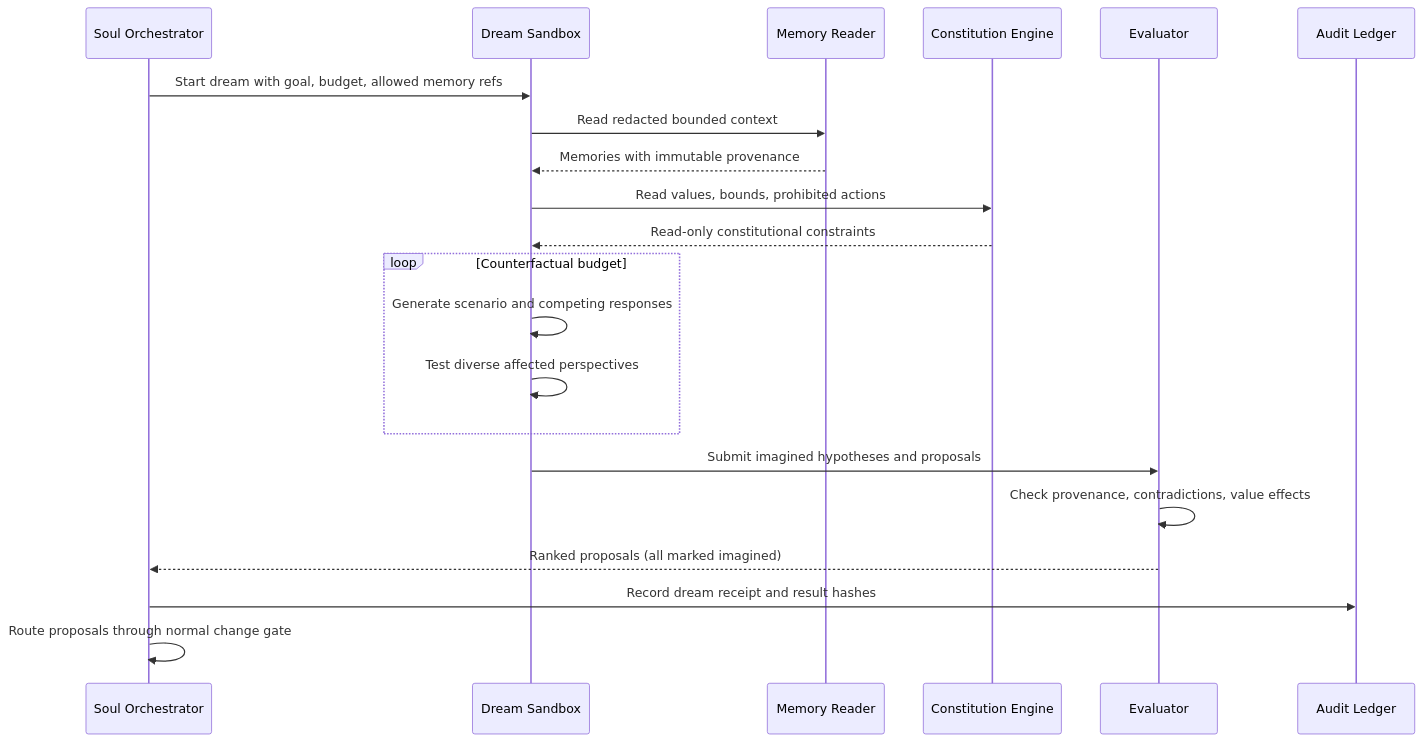
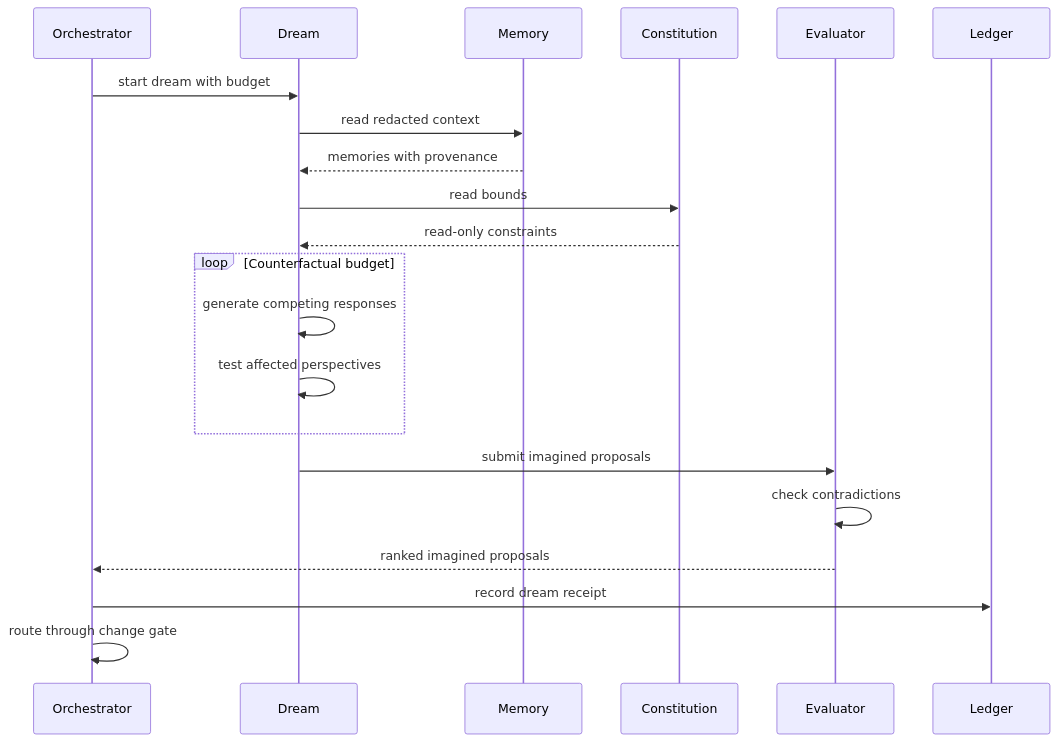
The fourth of 8 diagrams in docs/ARCHITECTURE.md (Azhonaras/soul-engine), drawn with Mermaid before and after one commit. The commit also changed other lines of this file and 6 other files, not shown here.

First line of the commit message:
docs: tighten Mermaid for GitHub and cap mypy below 2.

````diff
--- a/docs/ARCHITECTURE.md
+++ b/docs/ARCHITECTURE.md
@@ -234,24 +241,24 @@
 ```mermaid
 sequenceDiagram
-    participant O as Soul Orchestrator
-    participant D as Dream Sandbox
-    participant M as Memory Reader
-    participant C as Constitution Engine
-    participant V as Evaluator
-    participant A as Audit Ledger
+    participant Orchestrator
+    participant Dream
+    participant Memory
+    participant Constitution
+    participant Evaluator
+    participant Ledger
 
-    O->>D: Start dream with goal, budget, allowed memory refs
-    D->>M: Read redacted bounded context
-    M-->>D: Memories with immutable provenance
-    D->>C: Read values, bounds, prohibited actions
-    C-->>D: Read-only constitutional constraints
+    Orchestrator->>Dream: start dream with budget
+    Dream->>Memory: read redacted context
+    Memory-->>Dream: memories with provenance
+    Dream->>Constitution: read bounds
+    Constitution-->>Dream: read-only constraints
     loop Counterfactual budget
-        D->>D: Generate scenario and competing responses
-        D->>D: Test diverse affected perspectives
+        Dream->>Dream: generate competing responses
+        Dream->>Dream: test affected perspectives
     end
-    D->>V: Submit imagined hypotheses and proposals
-    V->>V: Check provenance, contradictions, value effects
-    V-->>O: Ranked proposals (all marked imagined)
-    O->>A: Record dream receipt and result hashes
-    O->>O: Route proposals through normal change gate
+    Dream->>Evaluator: submit imagined proposals
+    Evaluator->>Evaluator: check contradictions
+    Evaluator-->>Orchestrator: ranked imagined proposals
+    Orchestrator->>Ledger: record dream receipt
+    Orchestrator->>Orchestrator: route through change gate
 ```
````
